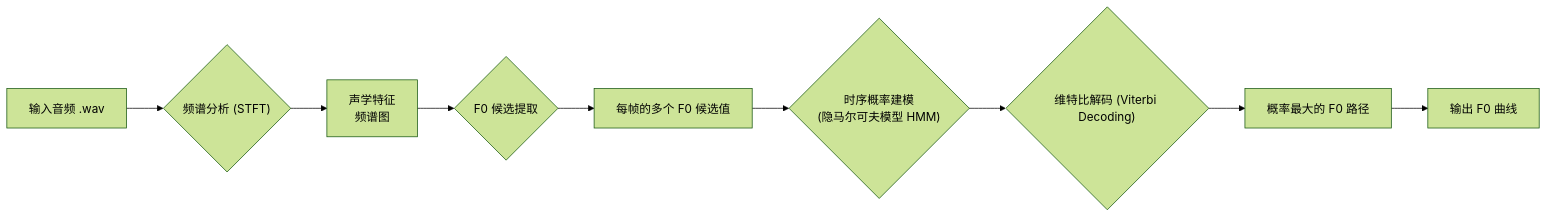
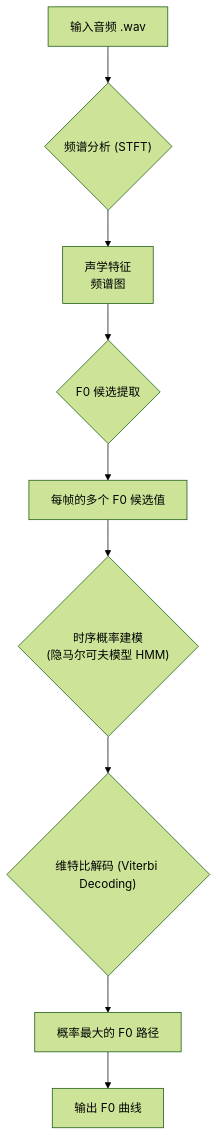
The second of 3 diagrams in README.md (liqilun1008/sovitsvrc), drawn with Mermaid (forest theme) before and after one commit. The commit also changed other lines of this file, not shown here.

````diff
--- a/README.md
+++ b/README.md
@@ -34,11 +41,11 @@
 ```mermaid
-graph LR
+graph TD
     A[输入音频 .wav] --> B{"频谱分析 (STFT)"};
     B --> C[声学特征<br>频谱图];
     C --> D{F0 候选提取};
     D --> E[每帧的多个 F0 候选值];
     E --> F{"时序概率建模<br>(隐马尔可夫模型 HMM)"};
     F --> G{"维特比解码 (Viterbi Decoding)"};
     G --> H[概率最大的 F0 路径];
     H --> I[输出 F0 曲线];
 ```
````
